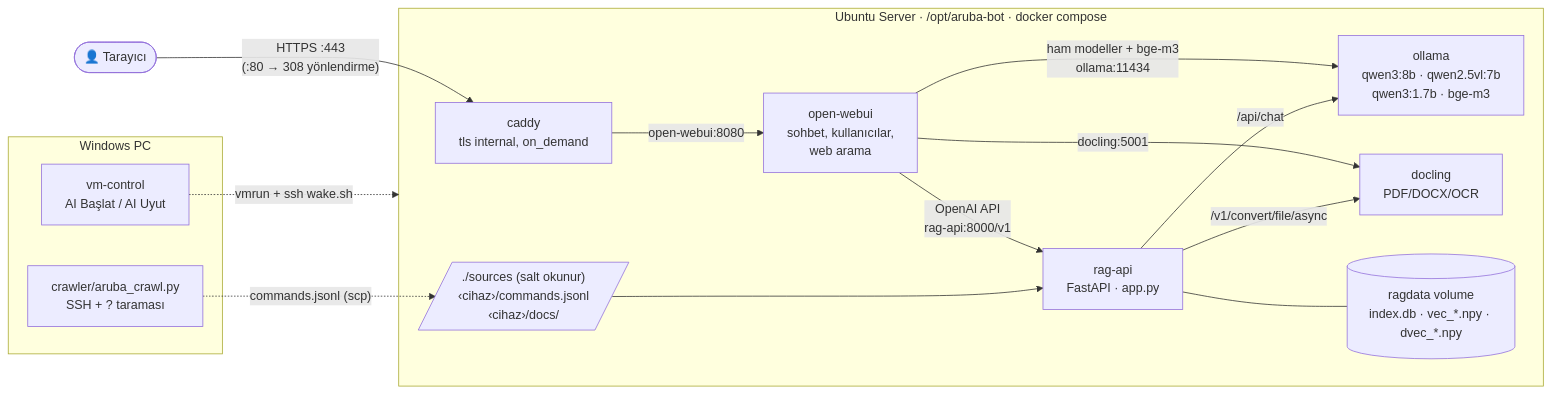
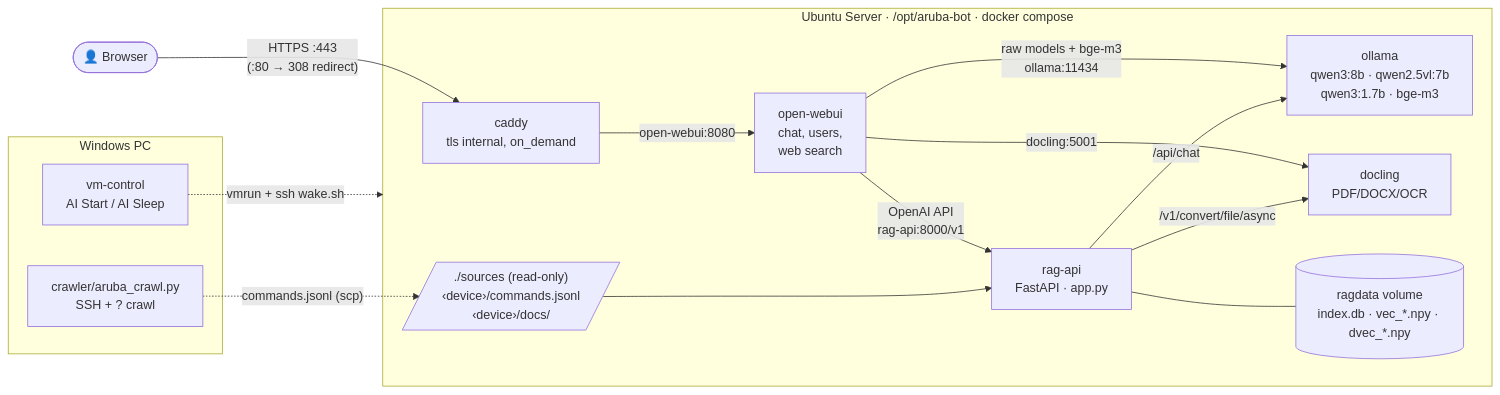
One commit to emreyigit-tasdelen/Sensei-Aruba changed the first of 4 diagrams in README.md. Above: the diagram before and after it, drawn with Mermaid. The commit also changed other lines of this file and 16 other files, not shown here.

````diff
--- a/README.md
+++ b/README.md
@@ -80,22 +83,22 @@
 ```mermaid
 flowchart LR
-    user(["👤 Tarayıcı"]) -->|"HTTPS :443<br/>(:80 → 308 yönlendirme)"| caddy
+    user(["👤 Browser"]) -->|"HTTPS :443<br/>(:80 → 308 redirect)"| caddy
 
     subgraph host["Ubuntu Server · /opt/aruba-bot · docker compose"]
-        caddy["caddy<br/>tls internal, on_demand"] -->|"open-webui:8080"| webui["open-webui<br/>sohbet, kullanıcılar,<br/>web arama"]
+        caddy["caddy<br/>tls internal, on_demand"] -->|"open-webui:8080"| webui["open-webui<br/>chat, users,<br/>web search"]
         webui -->|"OpenAI API<br/>rag-api:8000/v1"| rag["rag-api<br/>FastAPI · app.py"]
-        webui -->|"ham modeller + bge-m3<br/>ollama:11434"| ollama["ollama<br/>qwen3:8b · qwen2.5vl:7b<br/>qwen3:1.7b · bge-m3"]
+        webui -->|"raw models + bge-m3<br/>ollama:11434"| ollama["ollama<br/>qwen3:8b · qwen2.5vl:7b<br/>qwen3:1.7b · bge-m3"]
         webui -->|"docling:5001"| docling["docling<br/>PDF/DOCX/OCR"]
         rag -->|"/api/chat"| ollama
         rag -->|"/v1/convert/file/async"| docling
         rag --- data[("ragdata volume<br/>index.db · vec_*.npy · dvec_*.npy")]
-        src[/"./sources (salt okunur)<br/>‹cihaz›/commands.jsonl<br/>‹cihaz›/docs/"/] --> rag
+        src[/"./sources (read-only)<br/>‹device›/commands.jsonl<br/>‹device›/docs/"/] --> rag
     end
 
     subgraph pc["Windows PC"]
-        crawler["crawler/aruba_crawl.py<br/>SSH + ? taraması"]
-        vmctl["vm-control<br/>AI Başlat / AI Uyut"]
+        crawler["crawler/aruba_crawl.py<br/>SSH + ? crawl"]
+        vmctl["vm-control<br/>AI Start / AI Sleep"]
     end
     crawler -.->|"commands.jsonl (scp)"| src
     vmctl -.->|"vmrun + ssh wake.sh"| host
 ```
````
